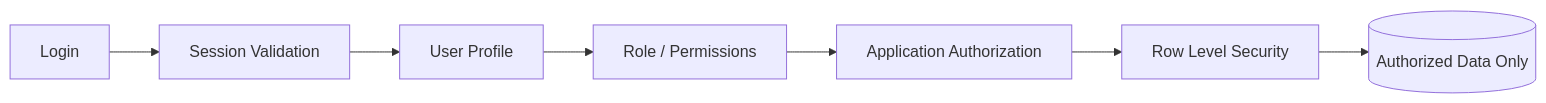
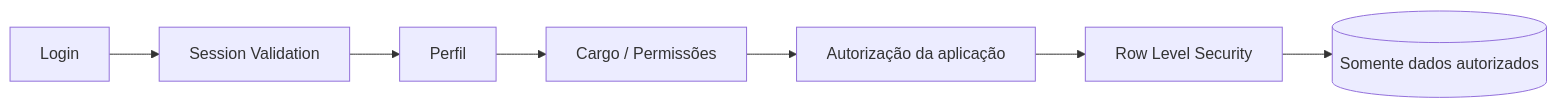
Before and after one commit to Inosuke-Company/Inosuke-Company: the third of 5 diagrams in README.md, drawn with Mermaid. The commit also changed other lines of this file, not shown here.

Commit message:
Rebuild profile README with multilingual navigation and self-hosted visuals

````diff
--- a/README.md
+++ b/README.md
@@ -270,9 +249,9 @@
 ```mermaid
 flowchart LR
     A[Login] --> B[Session Validation]
-    B --> C[User Profile]
-    C --> D[Role / Permissions]
-    D --> E[Application Authorization]
+    B --> C[Perfil]
+    C --> D[Cargo / Permissões]
+    D --> E[Autorização da aplicação]
     E --> F[Row Level Security]
-    F --> G[(Authorized Data Only)]
+    F --> G[(Somente dados autorizados)]
 ```
````
